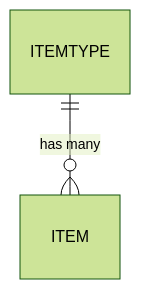
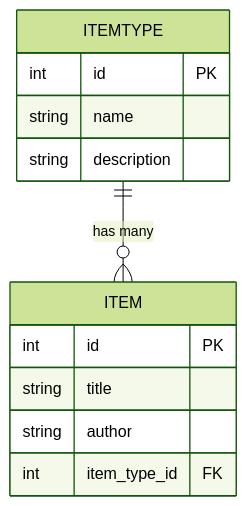
The second of 3 diagrams in docs/architecture/erd-vs-models-side-by-side.md (detnsw-sydtech/High-Security-Flask-PWA-Repo-Template), drawn with Mermaid (forest theme) before and after one commit. The commit also changed other lines of this file, not shown here.

````diff
--- a/docs/architecture/erd-vs-models-side-by-side.md
+++ b/docs/architecture/erd-vs-models-side-by-side.md
@@ -66,4 +66,17 @@
 ```mermaid
 erDiagram
-ITEMTYPE ||--o{ ITEM : "has many"
+    ITEMTYPE ||--o{ ITEM : "has many"
+
+    ITEMTYPE {
+        int id PK
+        string name
+        string description
+    }
+
+    ITEM {
+        int id PK
+        string title
+        string author
+        int item_type_id FK
+    }
 ```
````
